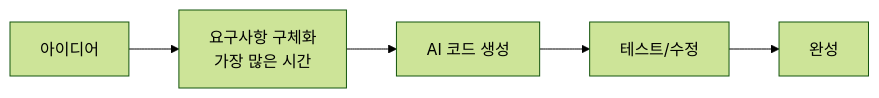
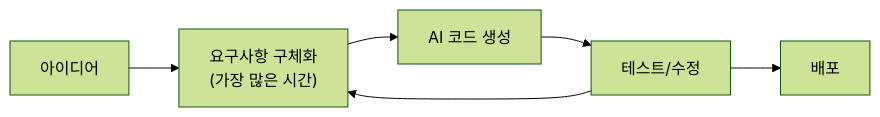
Before and after one commit to nugurejeil/weniVooks: the second of 4 diagrams in _md/essentials-vibecoding/chapter01/01-5.md, drawn with Mermaid (forest theme). The commit also changed other lines of this file, not shown here.

````diff
--- a/_md/essentials-vibecoding/chapter01/01-5.md
+++ b/_md/essentials-vibecoding/chapter01/01-5.md
@@ -44,7 +44,8 @@
 ```mermaid
 flowchart LR
-    A["아이디어"] --> B["요구사항 구체화<br/>가장 많은 시간"]
+    A["아이디어"] --> B["요구사항 구체화<br/>(가장 많은 시간)"]
     B --> C["AI 코드 생성"]
     C --> D["테스트/수정"]
-    D --> E["완성"]
+    D --> B
+    D --> E["배포"]
 ```
````
